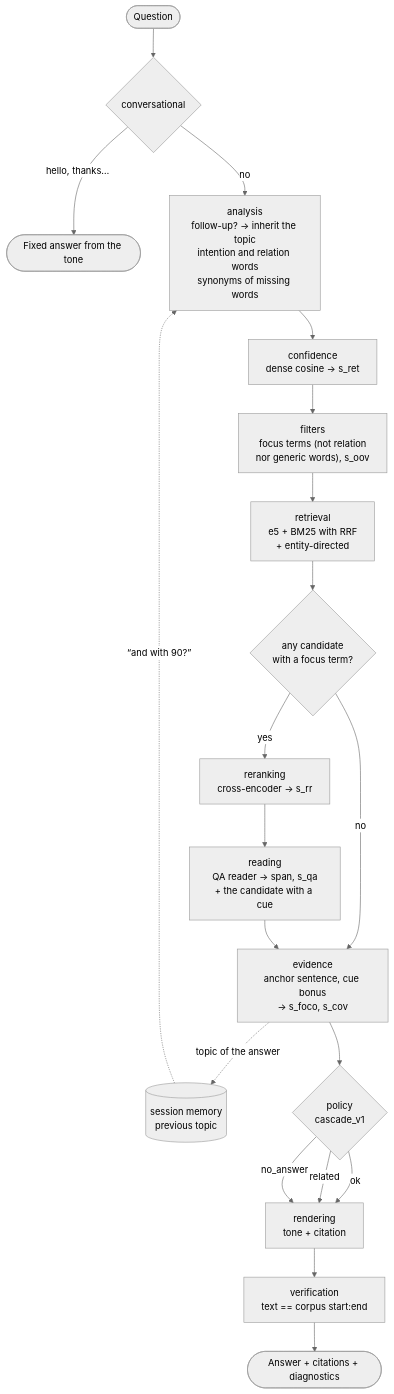
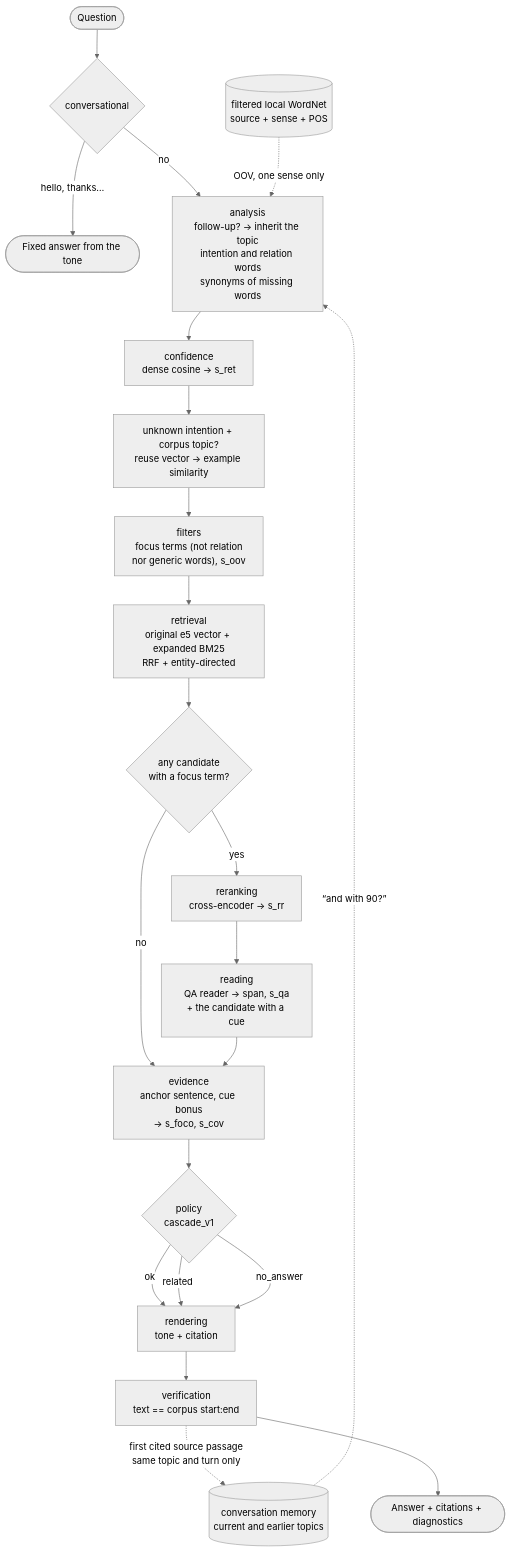
The third of 6 diagrams in docs/architecture.md (ClaudioH19/ipsis), drawn with Mermaid (neutral theme) before and after one commit. The commit also changed other lines of this file and 430 other files, not shown here.

````diff
--- a/docs/architecture.md
+++ b/docs/architecture.md
@@ -195,22 +197,24 @@
 ```mermaid
 flowchart TD
     P([Question]) --> C{conversational}
     C -- "hello, thanks…" --> RF([Fixed answer from the tone])
     C -- no --> A["analysis<br/>follow-up? → inherit the topic<br/>intention and relation words<br/>synonyms of missing words"]
-    MEM[("session memory<br/>previous topic")] -.->|"“and with 90?”"| A
+    MEM[("conversation memory<br/>current and earlier topics")] -.->|"“and with 90?”"| A
+    WN[("filtered local WordNet<br/>source + sense + POS")] -.->|"OOV, one sense only"| A
     A --> CF[confidence<br/>dense cosine → s_ret]
-    CF --> F["filters<br/>focus terms (not relation<br/>nor generic words), s_oov"]
-    F --> R[retrieval<br/>e5 + BM25 with RRF<br/>+ entity-directed]
+    CF --> IF["unknown intention + corpus topic?<br/>reuse vector → example similarity"]
+    IF --> F["filters<br/>focus terms (not relation<br/>nor generic words), s_oov"]
+    F --> R[retrieval<br/>original e5 vector + expanded BM25<br/>RRF + entity-directed]
     R --> T{any candidate<br/>with a focus term?}
     T -- no --> E
     T -- yes --> RR[reranking<br/>cross-encoder → s_rr]
     RR --> L["reading<br/>QA reader → span, s_qa<br/>+ the candidate with a cue"]
     L --> E["evidence<br/>anchor sentence, cue bonus<br/>→ s_foco, s_cov"]
-    E -.->|"topic of the answer"| MEM
     E --> PO{policy<br/>cascade_v1}
     PO -- ok --> RD[rendering<br/>tone + citation]
     PO -- related --> RD
     PO -- no_answer --> RD
     RD --> V[verification<br/>text == corpus start:end]
+    V -.->|"first cited source passage<br/>same topic and turn only"| MEM
     V --> S([Answer + citations + diagnostics])
 ```
````
